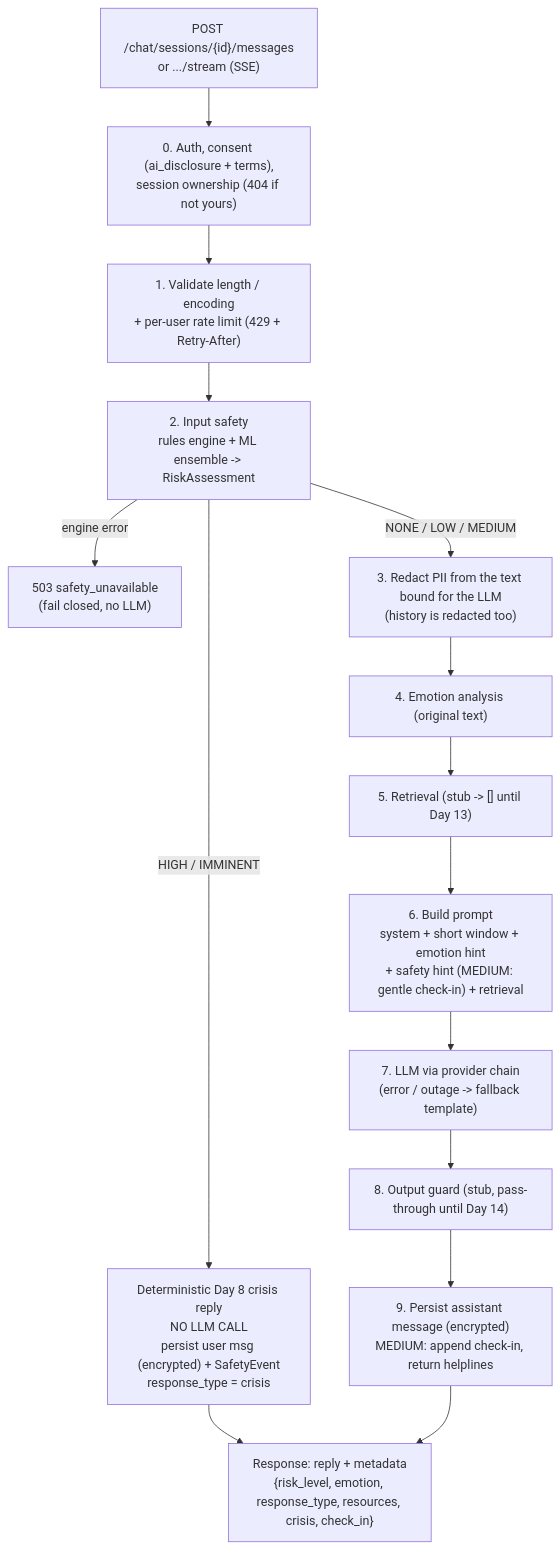
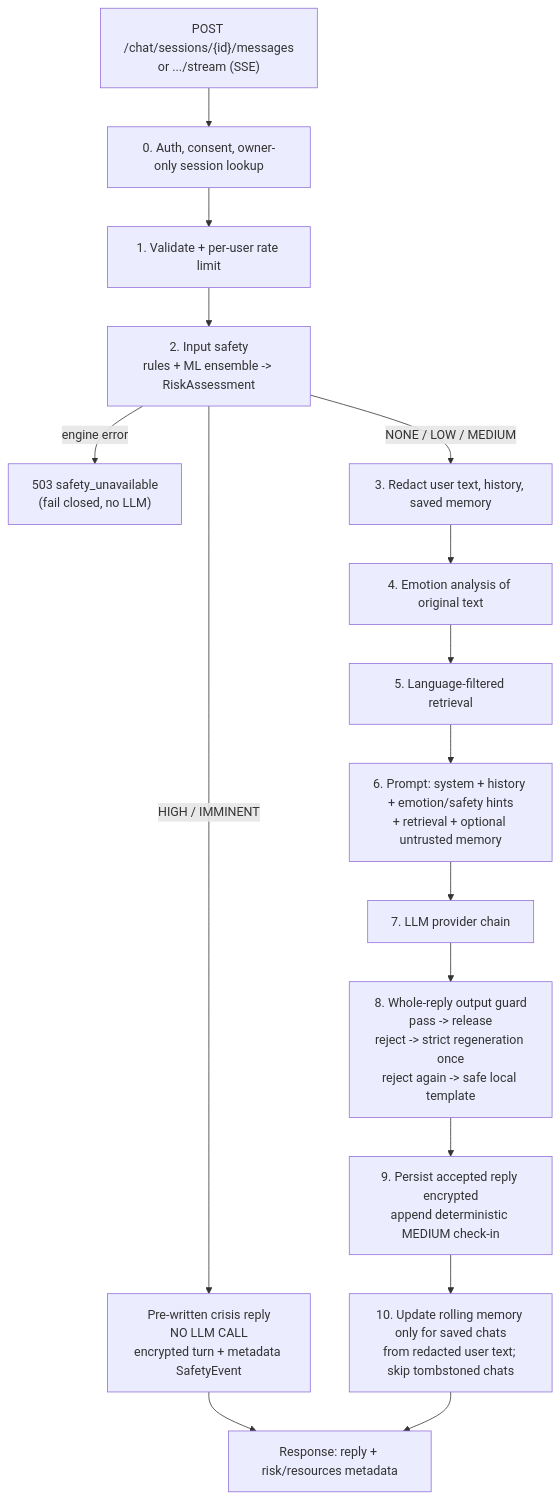
The second of 2 diagrams in docs/architecture.md (BuildbyArindam/Manovia), drawn with Mermaid before and after one commit. The commit also changed other lines of this file and 4 other files, not shown here.

Commit message:
docs: record Day 14 safety review and verification

````diff
--- a/docs/architecture.md
+++ b/docs/architecture.md
@@ -30,17 +37,18 @@
 ```mermaid
 flowchart TD
-    A["POST /chat/sessions/{id}/messages<br/>or .../stream (SSE)"] --> B["0. Auth, consent (ai_disclosure + terms),<br/>session ownership (404 if not yours)"]
-    B --> C["1. Validate length / encoding<br/>+ per-user rate limit (429 + Retry-After)"]
-    C --> D["2. Input safety<br/>rules engine + ML ensemble -> RiskAssessment"]
+    A["POST /chat/sessions/{id}/messages<br/>or .../stream (SSE)"] --> B["0. Auth, consent, owner-only session lookup"]
+    B --> C["1. Validate + per-user rate limit"]
+    C --> D["2. Input safety<br/>rules + ML ensemble -> RiskAssessment"]
     D -->|"engine error"| X["503 safety_unavailable<br/>(fail closed, no LLM)"]
-    D -->|"HIGH / IMMINENT"| K["Deterministic Day 8 crisis reply<br/>NO LLM CALL<br/>persist user msg (encrypted) + SafetyEvent<br/>response_type = crisis"]
-    D -->|"NONE / LOW / MEDIUM"| E["3. Redact PII from the text bound for the LLM<br/>(history is redacted too)"]
-    E --> F["4. Emotion analysis (original text)"]
-    F --> G["5. Retrieval (stub -> [] until Day 13)"]
-    G --> H["6. Build prompt<br/>system + short window + emotion hint<br/>+ safety hint (MEDIUM: gentle check-in) + retrieval"]
-    H --> I["7. LLM via provider chain<br/>(error / outage -> fallback template)"]
-    I --> J["8. Output guard (stub, pass-through until Day 14)"]
-    J --> L["9. Persist assistant message (encrypted)<br/>MEDIUM: append check-in, return helplines"]
-    K --> R["Response: reply + metadata<br/>{risk_level, emotion, response_type, resources, crisis, check_in}"]
-    L --> R
+    D -->|"HIGH / IMMINENT"| K["Pre-written crisis reply<br/>NO LLM CALL<br/>encrypted turn + metadata SafetyEvent"]
+    D -->|"NONE / LOW / MEDIUM"| E["3. Redact user text, history, saved memory"]
+    E --> F["4. Emotion analysis of original text"]
+    F --> G["5. Language-filtered retrieval"]
+    G --> H["6. Prompt: system + history + emotion/safety hints<br/>+ retrieval + optional untrusted memory"]
+    H --> I["7. LLM provider chain"]
+    I --> J["8. Whole-reply output guard<br/>pass -> release<br/>reject -> strict regeneration once<br/>reject again -> safe local template"]
+    J --> L["9. Persist accepted reply encrypted<br/>append deterministic MEDIUM check-in"]
+    L --> M["10. Update rolling memory only for saved chats<br/>from redacted user text; skip tombstoned chats"]
+    K --> R["Response: reply + risk/resources metadata"]
+    M --> R
 ```
````
